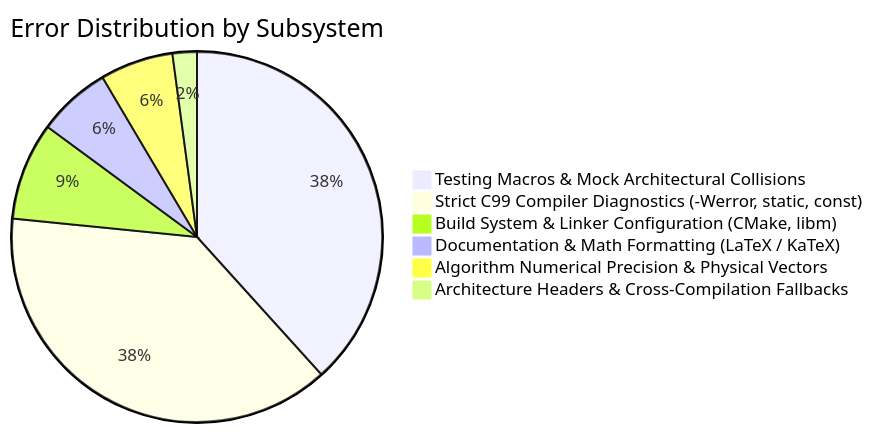
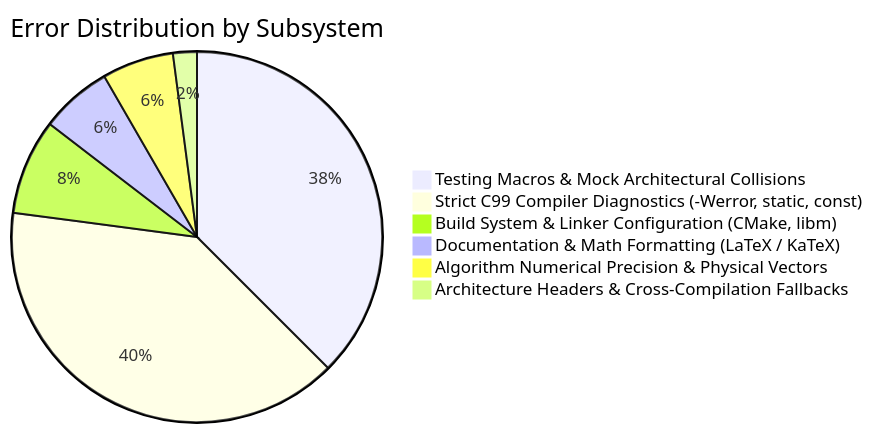
The diagram in context/errors/README.md (Thejus26/rain-predict), drawn with Mermaid before and after one commit. The commit also changed other lines of this file and 2 other files, not shown here.

Commit message:
fix(tests): resolve ERR-048 use canonical lorawan_credentials_t in state machine integration tests

````diff
--- a/context/errors/README.md
+++ b/context/errors/README.md
@@ -63,9 +64,9 @@
 ```mermaid
 pie title Error Distribution by Subsystem
     "Testing Macros & Mock Architectural Collisions" : 18
-    "Strict C99 Compiler Diagnostics (-Werror, static, const)" : 18
+    "Strict C99 Compiler Diagnostics (-Werror, static, const)" : 19
     "Build System & Linker Configuration (CMake, libm)" : 4
     "Documentation & Math Formatting (LaTeX / KaTeX)" : 3
     "Algorithm Numerical Precision & Physical Vectors" : 3
     "Architecture Headers & Cross-Compilation Fallbacks" : 1
 ```
````
